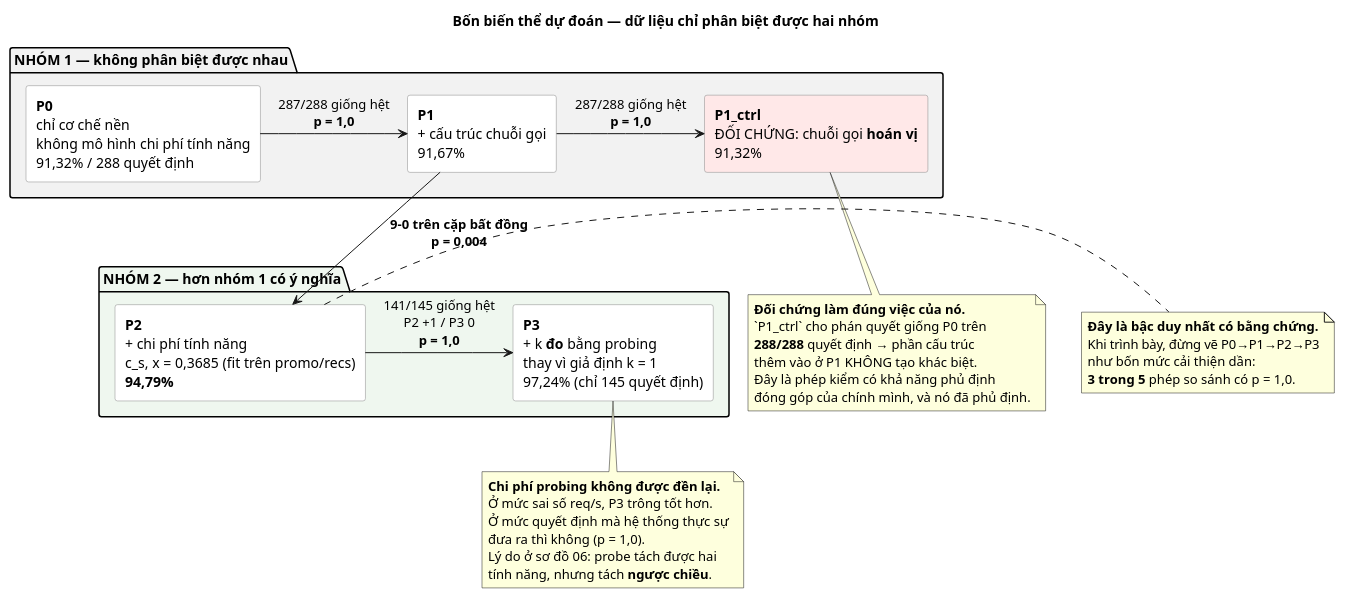
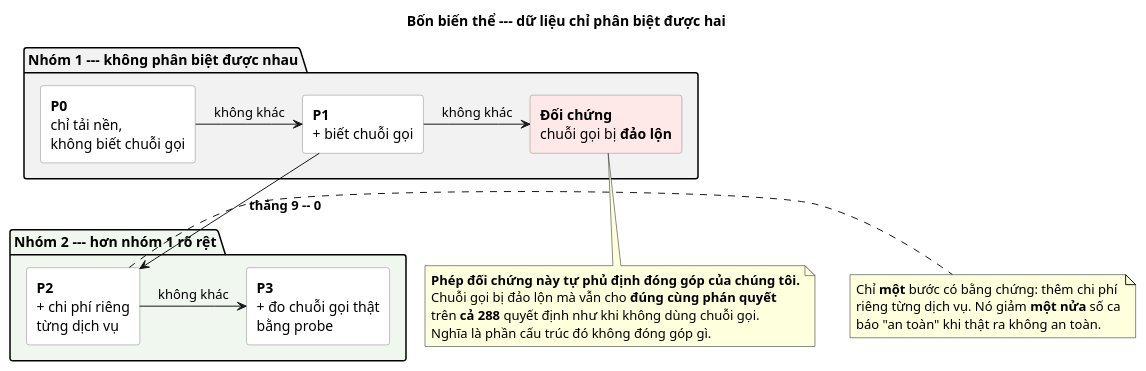
Before and after one commit to kkyaha/NCKH: the diagram in papers/p1_du_phong/docs/figures/puml/22_bac_thang_P0_P3.puml, drawn with PlantUML. The commit also changed 20 other files, not shown here.

Commit message:
feat: add RQ3 LLM parser benchmark report, LaTeX tables, and PlantUML diagrams for p1_du_phong

```diff
--- a/papers/p1_du_phong/docs/figures/puml/22_bac_thang_P0_P3.puml
+++ b/papers/p1_du_phong/docs/figures/puml/22_bac_thang_P0_P3.puml
@@ -1,49 +1,37 @@
 @startuml
-' MOTA: Bậc thang bốn mô hình — và bằng chứng cho thấy nó sập xuống HAI nhóm
+' MOTA: Khối 2 — bốn biến thể mô hình, nhưng dữ liệu chỉ phân biệt được hai nhóm
 skinparam defaultFontName Helvetica
 skinparam shadowing false
-title Bốn biến thể dự đoán — dữ liệu chỉ phân biệt được **hai** nhóm
-
 skinparam rectangle {
   BorderColor #888888
 }
-package "NHÓM 1 — không phân biệt được nhau" #F2F2F2 {
-  rectangle "**P0**\nchỉ cơ chế nền\nkhông mô hình chi phí tính năng\n91,32% / 288 quyết định" as P0 #FFFFFF
-  rectangle "**P1**\n+ cấu trúc chuỗi gọi\n91,67%" as P1 #FFFFFF
-  rectangle "**P1_ctrl**\nĐỐI CHỨNG: chuỗi gọi **hoán vị**\n91,32%" as PC #FFE8E8
+title Bốn biến thể --- dữ liệu chỉ phân biệt được **hai**
+
+package "Nhóm 1 --- không phân biệt được nhau" #F2F2F2 {
+  rectangle "**P0**\nchỉ tải nền,\nkhông biết chuỗi gọi" as P0 #FFFFFF
+  rectangle "**P1**\n+ biết chuỗi gọi" as P1 #FFFFFF
+  rectangle "**Đối chứng**\nchuỗi gọi bị **đảo lộn**" as PC #FFE8E8
 }
-package "NHÓM 2 — hơn nhóm 1 có ý nghĩa" #EFF7EF {
-  rectangle "**P2**\n+ chi phí tính năng\nc_s, x = 0,3685 (fit trên promo/recs)\n**94,79%**" as P2 #FFFFFF
-  rectangle "**P3**\n+ k **đo** bằng probing\nthay vì giả định k = 1\n97,24% (chỉ 145 quyết định)" as P3 #FFFFFF
+package "Nhóm 2 --- hơn nhóm 1 rõ rệt" #EFF7EF {
+  rectangle "**P2**\n+ chi phí riêng\ntừng dịch vụ" as P2 #FFFFFF
+  rectangle "**P3**\n+ đo chuỗi gọi thật\nbằng probe" as P3 #FFFFFF
 }
 
-P0 -right-> P1 : "287/288 giống hệt\n**p = 1,0**"
-P1 -right-> PC : "287/288 giống hệt\n**p = 1,0**"
-P1 -down-> P2 : "**9–0 trên cặp bất đồng**\n**p = 0,004**"
-P2 -right-> P3 : "141/145 giống hệt\nP2 +1 / P3 0\n**p = 1,0**"
+P0 -right-> P1 : không khác
+P1 -right-> PC : không khác
+P1 -down-> P2 : **thắng 9 -- 0**
+P2 -right-> P3 : không khác
 
 note bottom of PC
-  **Đối chứng làm đúng việc của nó.**
-  `P1_ctrl` cho phán quyết giống P0 trên
-  **288/288** quyết định → phần cấu trúc
-  thêm vào ở P1 KHÔNG tạo khác biệt.
-  Đây là phép kiểm có khả năng phủ định
-  đóng góp của chính mình, và nó đã phủ định.
-end note
-
-note bottom of P3
-  **Chi phí probing không được đền lại.**
-  Ở mức sai số req/s, P3 trông tốt hơn.
-  Ở mức quyết định mà hệ thống thực sự
-  đưa ra thì không (p = 1,0).
-  Lý do ở sơ đồ 06: probe tách được hai
-  tính năng, nhưng tách **ngược chiều**.
+  **Phép đối chứng này tự phủ định đóng góp của chúng tôi.**
+  Chuỗi gọi bị đảo lộn mà vẫn cho **đúng cùng phán quyết**
+  trên **cả 288** quyết định như khi không dùng chuỗi gọi.
+  Nghĩa là phần cấu trúc đó không đóng góp gì.
 end note
 
 note right of P2
-  **Đây là bậc duy nhất có bằng chứng.**
-  Khi trình bày, đừng vẽ P0→P1→P2→P3
-  như bốn mức cải thiện dần:
-  **3 trong 5** phép so sánh có p = 1,0.
+  Chỉ **một** bước có bằng chứng: thêm chi phí
+  riêng từng dịch vụ. Nó giảm **một nửa** số ca
+  báo "an toàn" khi thật ra không an toàn.
 end note
 @enduml
```
